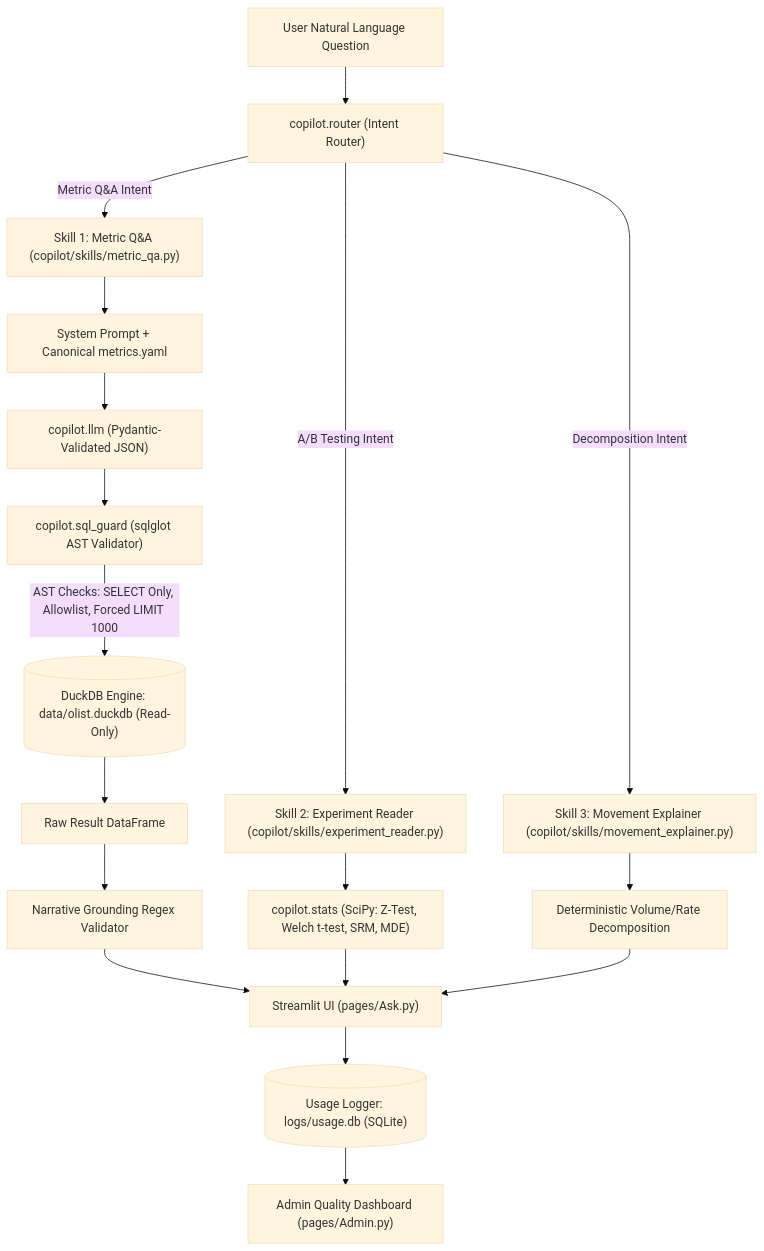
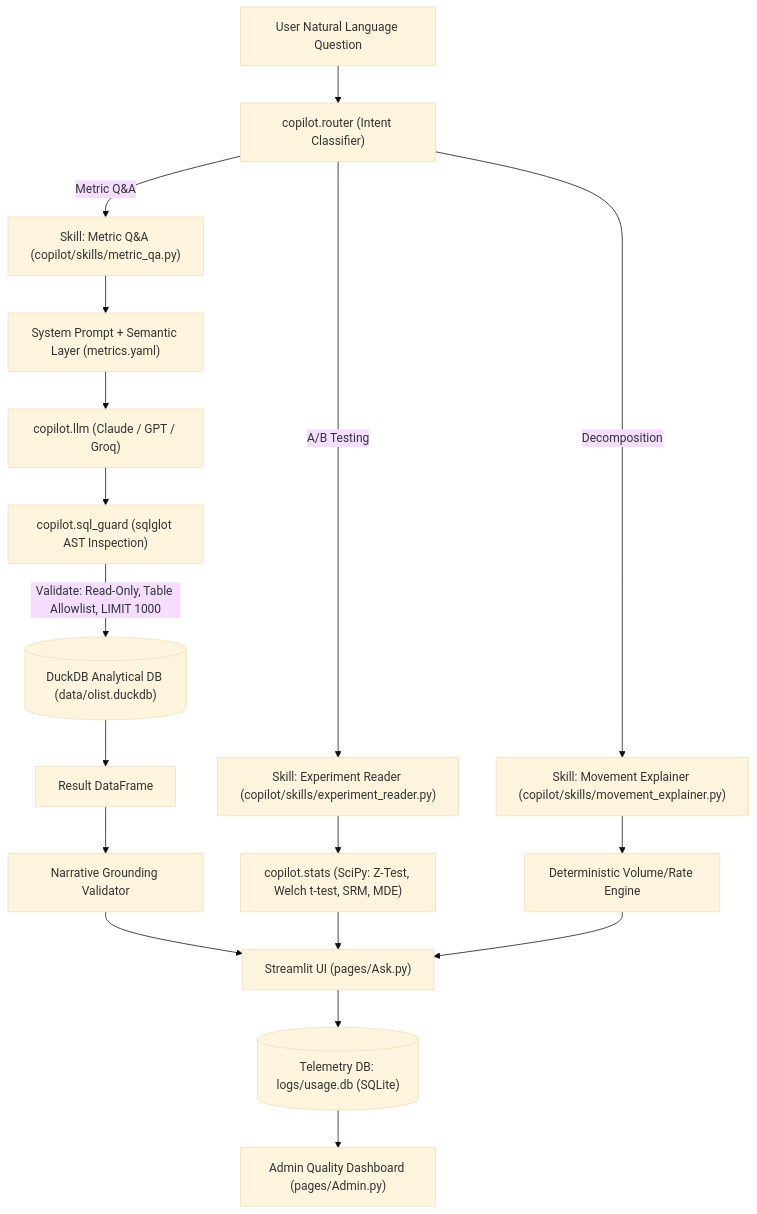
The second of 2 diagrams in README.md (Nerdalerts/growthlwns), drawn with Mermaid (base theme) before and after one commit. The commit also changed other lines of this file and 8 other files, not shown here.

````diff
--- a/README.md
+++ b/README.md
@@ -38,27 +128,27 @@
 ```mermaid
 flowchart TD
-    User["User Natural Language Question"] --> Router["copilot.router (Intent Router)"]
+    User["User Natural Language Question"] --> Router["copilot.router (Intent Classifier)"]
     
-    Router -->|Metric Q&A Intent| MetricSkill["Skill 1: Metric Q&A (copilot/skills/metric_qa.py)"]
-    Router -->|A/B Testing Intent| ExpSkill["Skill 2: Experiment Reader (copilot/skills/experiment_reader.py)"]
-    Router -->|Decomposition Intent| MoveSkill["Skill 3: Movement Explainer (copilot/skills/movement_explainer.py)"]
+    Router -->|Metric Q&A| MetricSkill["Skill: Metric Q&A (copilot/skills/metric_qa.py)"]
+    Router -->|A/B Testing| ExpSkill["Skill: Experiment Reader (copilot/skills/experiment_reader.py)"]
+    Router -->|Decomposition| MoveSkill["Skill: Movement Explainer (copilot/skills/movement_explainer.py)"]
     
-    MetricSkill --> PromptBuilder["System Prompt + Canonical metrics.yaml"]
-    PromptBuilder --> LLMWrapper["copilot.llm (Pydantic-Validated JSON)"]
+    MetricSkill --> PromptBuilder["System Prompt + Semantic Layer (metrics.yaml)"]
+    PromptBuilder --> LLMWrapper["copilot.llm (Claude / GPT / Groq)"]
     
-    LLMWrapper --> SQLGuard["copilot.sql_guard (sqlglot AST Validator)"]
-    SQLGuard -->|AST Checks: SELECT Only, Allowlist, Forced LIMIT 1000| DuckDB[("DuckDB Engine: data/olist.duckdb (Read-Only)")]
+    LLMWrapper --> SQLGuard["copilot.sql_guard (sqlglot AST Inspection)"]
+    SQLGuard -->|Validate: Read-Only, Table Allowlist, LIMIT 1000| DuckDB[("DuckDB Analytical DB (data/olist.duckdb)")]
     
-    DuckDB --> ResultTable["Raw Result DataFrame"]
-    ResultTable --> NumberCheck["Narrative Grounding Regex Validator"]
+    DuckDB --> ResultTable["Result DataFrame"]
+    ResultTable --> NumberCheck["Narrative Grounding Validator"]
     
     ExpSkill --> StatsEngine["copilot.stats (SciPy: Z-Test, Welch t-test, SRM, MDE)"]
-    MoveSkill --> DecompEngine["Deterministic Volume/Rate Decomposition"]
+    MoveSkill --> DecompEngine["Deterministic Volume/Rate Engine"]
     
     NumberCheck --> UI["Streamlit UI (pages/Ask.py)"]
     StatsEngine --> UI
     DecompEngine --> UI
     
-    UI --> Logger[("Usage Logger: logs/usage.db (SQLite)")]
+    UI --> Logger[("Telemetry DB: logs/usage.db (SQLite)")]
     Logger --> AdminUI["Admin Quality Dashboard (pages/Admin.py)"]
 ```
````
